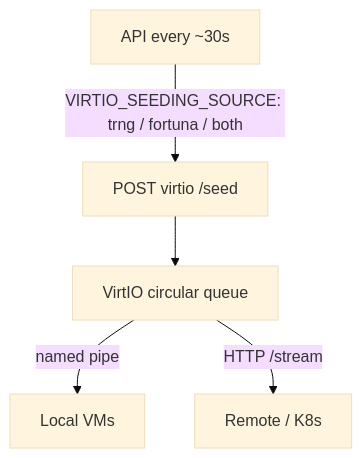
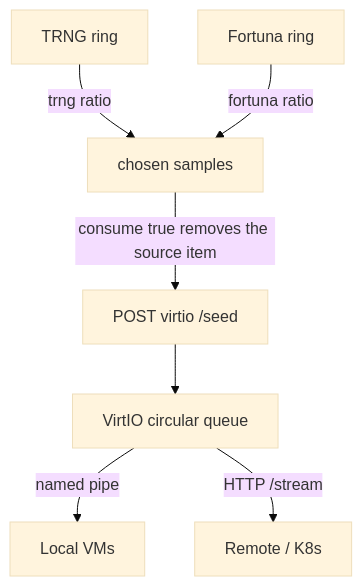
The fifth of 8 diagrams in docs/architecture.md (LokeyTRaaS/Lokey), drawn with Mermaid (base theme) before and after one commit. The commit also changed other lines of this file and 33 other files, not shown here.

````diff
--- a/docs/architecture.md
+++ b/docs/architecture.md
@@ -282,7 +288,9 @@
 ```mermaid
 flowchart TB
-  API["API every ~30s"] -->|"VIRTIO_SEEDING_SOURCE: trng / fortuna / both"| SEED["POST virtio /seed"]
+  TRNG["TRNG ring"] -->|"trng ratio"| PICK["chosen samples"]
+  FORT["Fortuna ring"] -->|"fortuna ratio"| PICK
+  PICK -->|"consume true removes the source item"| SEED["POST virtio /seed"]
   SEED --> Q["VirtIO circular queue"]
   Q -->|named pipe| Local["Local VMs"]
   Q -->|HTTP /stream| Remote["Remote / K8s"]
 ```
````
